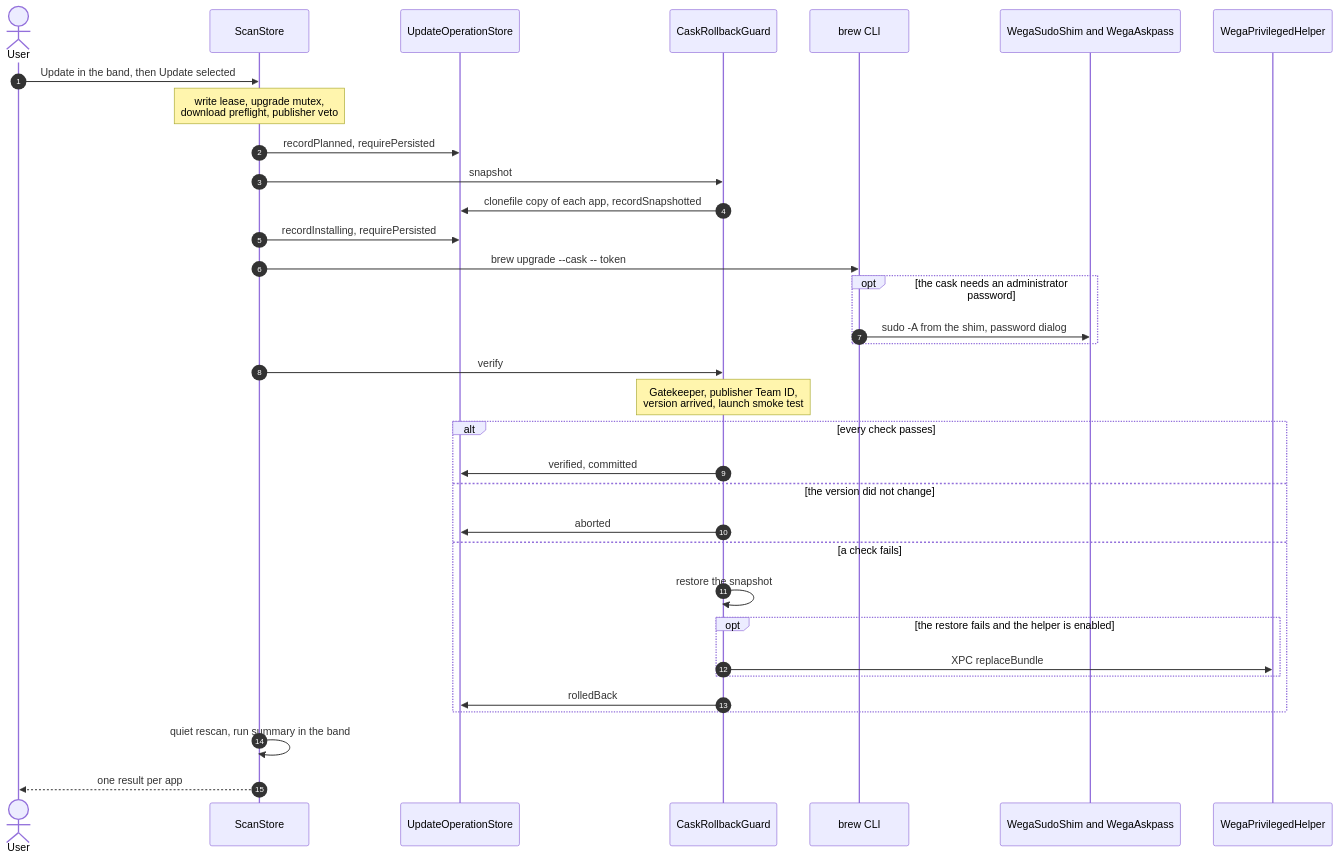
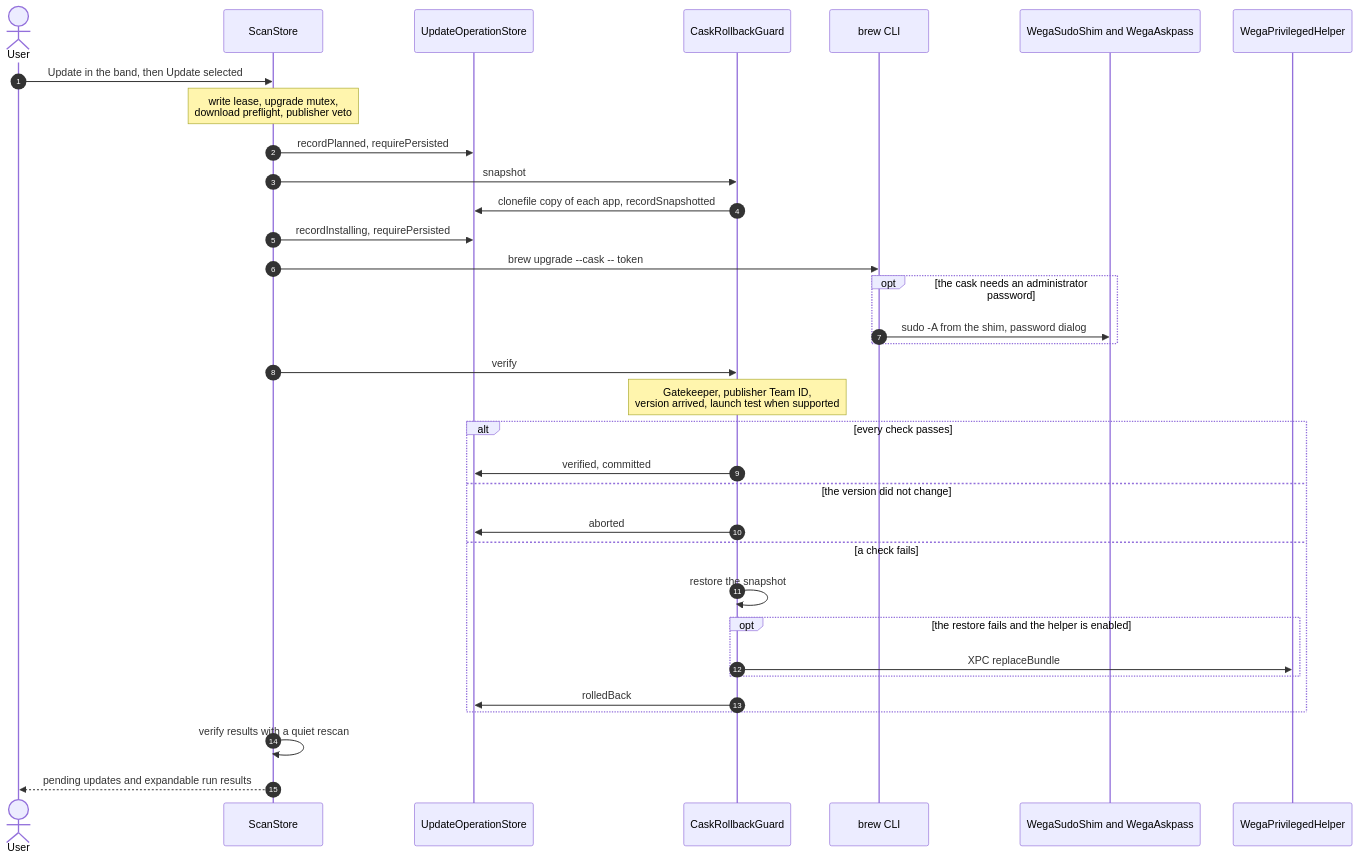
One commit to DominikSienkiewicz/WegaMacUpdater changed the fourth of 6 diagrams in README.md. Above: the diagram before and after it, drawn with Mermaid. The commit also changed other lines of this file and 3 other files, not shown here.

````diff
--- a/README.md
+++ b/README.md
@@ -188,37 +190,37 @@
 ```mermaid
 sequenceDiagram
     autonumber
     actor User
     participant Store as ScanStore
     participant Journal as UpdateOperationStore
     participant Guard as CaskRollbackGuard
     participant Brew as brew CLI
     participant Sudo as WegaSudoShim and WegaAskpass
     participant Helper as WegaPrivilegedHelper
 
     User->>Store: Update in the band, then Update selected
     Note over Store: write lease, upgrade mutex,<br/>download preflight, publisher veto
     Store->>Journal: recordPlanned, requirePersisted
     Store->>Guard: snapshot
     Guard->>Journal: clonefile copy of each app, recordSnapshotted
     Store->>Journal: recordInstalling, requirePersisted
     Store->>Brew: brew upgrade --cask -- token
     opt the cask needs an administrator password
         Brew->>Sudo: sudo -A from the shim, password dialog
     end
     Store->>Guard: verify
-    Note over Guard: Gatekeeper, publisher Team ID,<br/>version arrived, launch smoke test
+    Note over Guard: Gatekeeper, publisher Team ID,<br/>version arrived, launch test when supported
     alt every check passes
         Guard->>Journal: verified, committed
     else the version did not change
         Guard->>Journal: aborted
     else a check fails
         Guard->>Guard: restore the snapshot
         opt the restore fails and the helper is enabled
             Guard->>Helper: XPC replaceBundle
         end
         Guard->>Journal: rolledBack
     end
-    Store->>Store: quiet rescan, run summary in the band
-    Store-->>User: one result per app
+    Store->>Store: verify results with a quiet rescan
+    Store-->>User: pending updates and expandable run results
 ```
````
